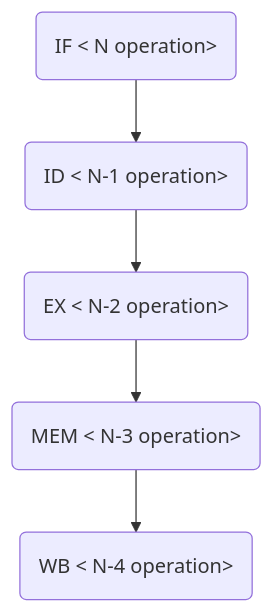
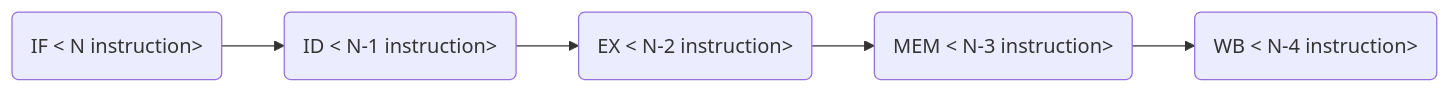
One commit to RoiShabi/cpu-perf-docs changed the diagram in concepts.md. Above: the diagram before and after it, drawn with Mermaid.

Commit message:
pretiffing pipeline

````diff
--- a/concepts.md
+++ b/concepts.md
@@ -28,7 +28,7 @@
 ```mermaid
-graph TD;
-    A( IF < N operation> ) --> B( ID < N-1 operation> );
-    B --> C( EX < N-2 operation> );
-    C --> D( MEM < N-3 operation> );
-    D --> E( WB < N-4 operation> );
+graph LR;
+    A( IF < N instruction> ) --> B( ID < N-1 instruction> );
+    B --> C( EX < N-2 instruction> );
+    C --> D( MEM < N-3 instruction> );
+    D --> E( WB < N-4 instruction> );
 ```
````
